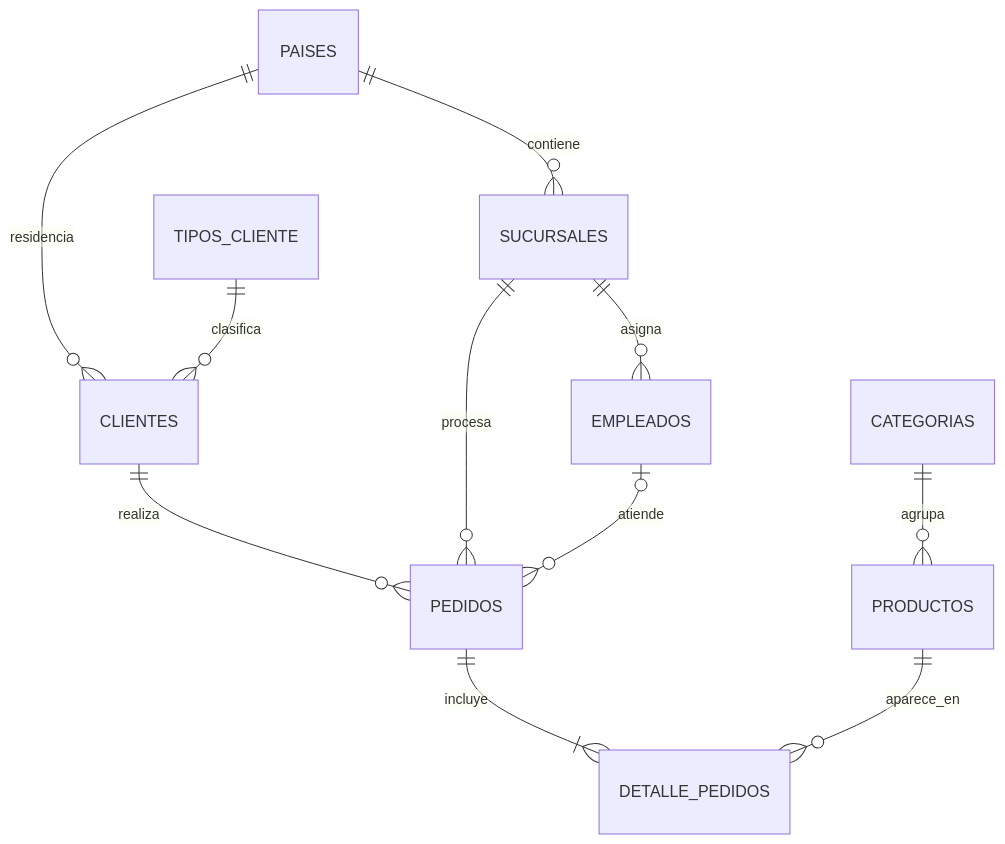
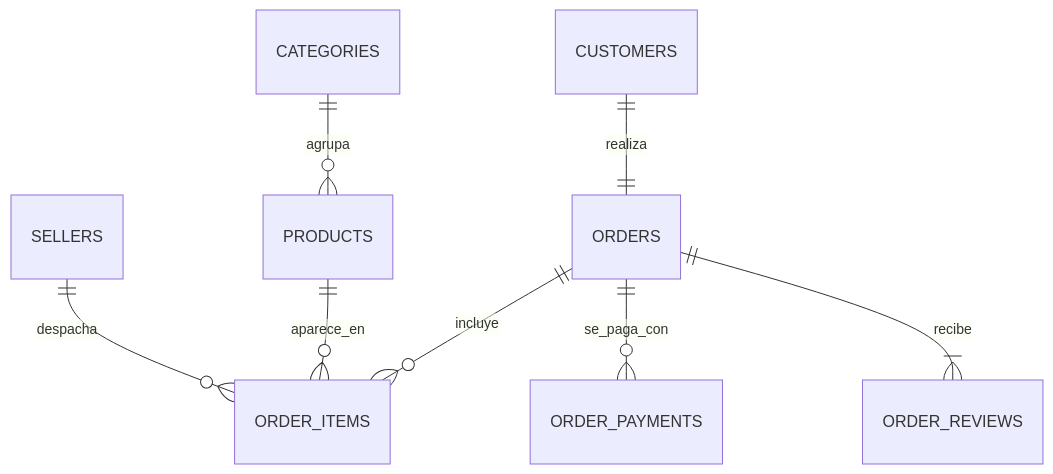
One commit to JFWorner/capstone_project changed the diagram in README.md. Above: the diagram before and after it, drawn with Mermaid. The commit also changed other lines of this file, not shown here.

Commit message:
Actualizacion diagrama

````diff
--- a/README.md
+++ b/README.md
@@ -3,13 +3,10 @@
 ```mermaid
 erDiagram
-    PAISES ||--o{ SUCURSALES : contiene
-    PAISES ||--o{ CLIENTES : residencia
-    TIPOS_CLIENTE ||--o{ CLIENTES : clasifica
-    SUCURSALES ||--o{ EMPLEADOS : asigna
-    CLIENTES ||--o{ PEDIDOS : realiza
-    SUCURSALES ||--o{ PEDIDOS : procesa
-    EMPLEADOS o|--o{ PEDIDOS : atiende
-    PEDIDOS ||--|{ DETALLE_PEDIDOS : incluye
-    CATEGORIAS ||--o{ PRODUCTOS : agrupa
-    PRODUCTOS ||--o{ DETALLE_PEDIDOS : aparece_en
+    CATEGORIES   ||--o{ PRODUCTS       : agrupa
+    CUSTOMERS    ||--|| ORDERS         : realiza
+    ORDERS       ||--o{ ORDER_ITEMS    : incluye
+    ORDERS       ||--o{ ORDER_PAYMENTS : se_paga_con
+    ORDERS       ||--|{ ORDER_REVIEWS  : recibe
+    PRODUCTS     ||--o{ ORDER_ITEMS    : aparece_en
+    SELLERS      ||--o{ ORDER_ITEMS    : despacha
 ```
````
